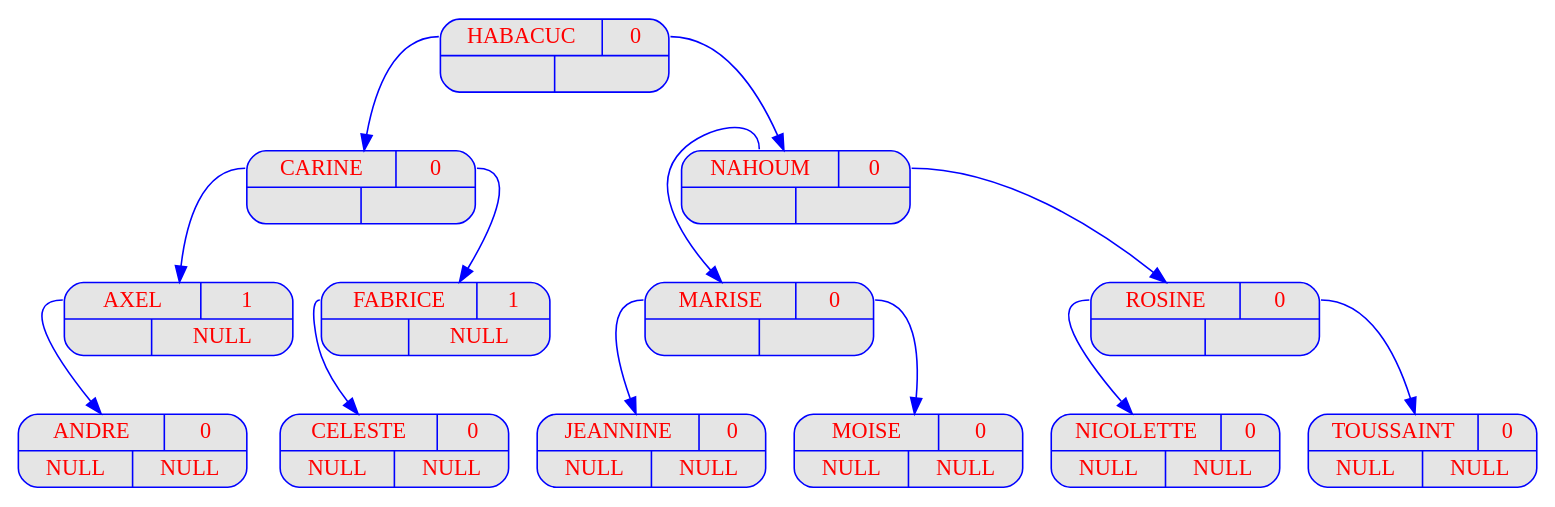
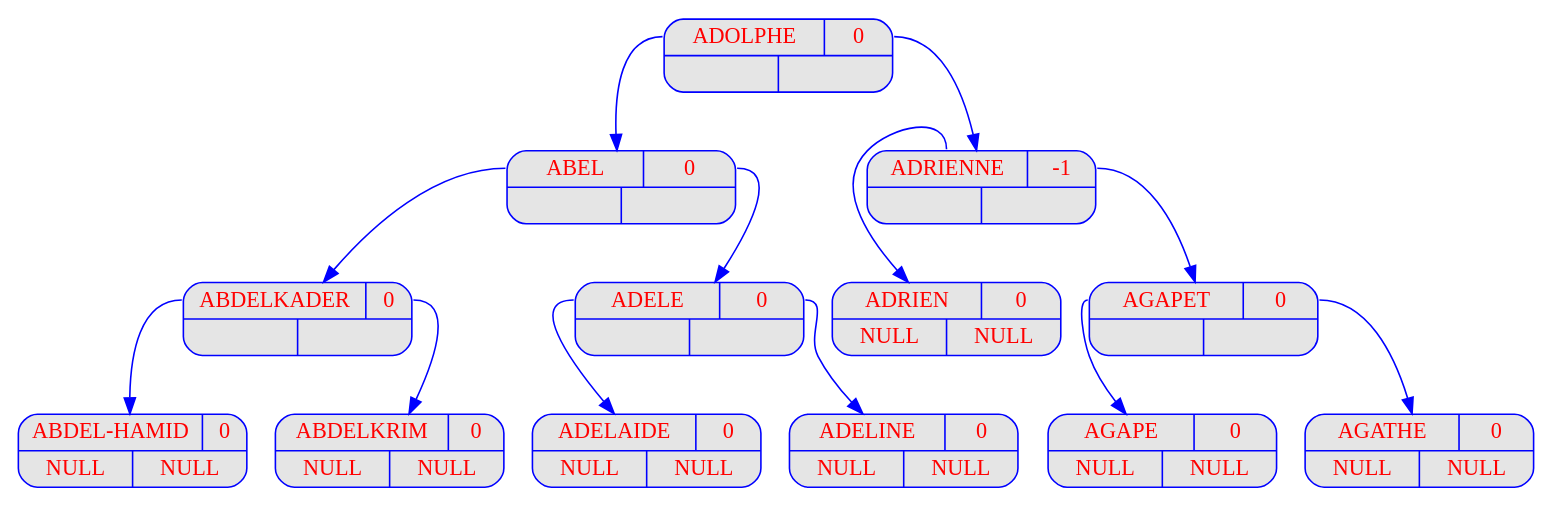
One commit to FilRougeAAP/Fil_Rouge changed the diagram in output_Prog1/dot/displayAVL_v12.dot. Above: the diagram before and after it, drawn with Graphviz. The commit also changed 212 other files, not shown here.

```diff
--- a/output_Prog1/dot/displayAVL_v12.dot
+++ b/output_Prog1/dot/displayAVL_v12.dot
@@ -1,116 +1,49 @@
 digraph displayAVL {
 	node [
 		fontname  = "Arial bold" 
 		fontsize  = "14"
 		fontcolor = "red"
 		style     = "rounded, filled"
 		shape     = "record"
 		fillcolor = "grey90"
 		color     = "blue"
 		width     = "2"
 	]
 
 	edge [
 		color     = "blue"
 	]
 
-	HABACUC
- [label = "{{<g> HABACUC
- | <d> 0 } | { <g> | <d>}}"];
-	HABACUC
-:g -> CARINE
-;
-	CARINE
- [label = "{{<g> CARINE
- | <d> 0 } | { <g> | <d>}}"];
-	CARINE
-:g -> AXEL
-;
-	AXEL
- [label = "{{<g> AXEL
- | <d> 1 } | { <g> | <d>}}"];
-	AXEL
- [label = "{{<g> AXEL
- | <d> 1 }| { <g> | <d> NULL}}"];
-	AXEL
-:g -> ANDRE
-;
-	ANDRE
- [label = "{{<g> ANDRE
- | <d> 0 } | { <g> | <d>}}"];
-	ANDRE
- [label = "{{<g> ANDRE
- | <d> 0 }| { <g> NULL | <d> NULL}}"];
-	CARINE
-:d -> FABRICE
-;
-	FABRICE
- [label = "{{<g> FABRICE
- | <d> 1 } | { <g> | <d>}}"];
-	FABRICE
- [label = "{{<g> FABRICE
- | <d> 1 }| { <g> | <d> NULL}}"];
-	FABRICE
-:g -> CELESTE
-;
-	CELESTE
- [label = "{{<g> CELESTE
- | <d> 0 } | { <g> | <d>}}"];
-	CELESTE
- [label = "{{<g> CELESTE
- | <d> 0 }| { <g> NULL | <d> NULL}}"];
-	HABACUC
-:d -> NAHOUM
-;
-	NAHOUM
- [label = "{{<g> NAHOUM
- | <d> 0 } | { <g> | <d>}}"];
-	NAHOUM
-:g -> MARISE
-;
-	MARISE
- [label = "{{<g> MARISE
- | <d> 0 } | { <g> | <d>}}"];
-	MARISE
-:g -> JEANNINE
-;
-	JEANNINE
- [label = "{{<g> JEANNINE
- | <d> 0 } | { <g> | <d>}}"];
-	JEANNINE
- [label = "{{<g> JEANNINE
- | <d> 0 }| { <g> NULL | <d> NULL}}"];
-	MARISE
-:d -> MOISE
-;
-	MOISE
- [label = "{{<g> MOISE
- | <d> 0 } | { <g> | <d>}}"];
-	MOISE
- [label = "{{<g> MOISE
- | <d> 0 }| { <g> NULL | <d> NULL}}"];
-	NAHOUM
-:d -> ROSINE
-;
-	ROSINE
- [label = "{{<g> ROSINE
- | <d> 0 } | { <g> | <d>}}"];
-	ROSINE
-:g -> NICOLETTE
-;
-	NICOLETTE
- [label = "{{<g> NICOLETTE
- | <d> 0 } | { <g> | <d>}}"];
-	NICOLETTE
- [label = "{{<g> NICOLETTE
- | <d> 0 }| { <g> NULL | <d> NULL}}"];
-	ROSINE
-:d -> TOUSSAINT
-;
-	TOUSSAINT
- [label = "{{<g> TOUSSAINT
- | <d> 0 } | { <g> | <d>}}"];
-	TOUSSAINT
- [label = "{{<g> TOUSSAINT
- | <d> 0 }| { <g> NULL | <d> NULL}}"];
+	"ADOLPHE" [label = "{{<g> ADOLPHE | <d> 0 } | { <g> | <d>}}"];
+	"ADOLPHE":g -> "ABEL";
+	"ABEL" [label = "{{<g> ABEL | <d> 0 } | { <g> | <d>}}"];
+	"ABEL":g -> "ABDELKADER";
+	"ABDELKADER" [label = "{{<g> ABDELKADER | <d> 0 } | { <g> | <d>}}"];
+	"ABDELKADER":g -> "ABDEL-HAMID";
+	"ABDEL-HAMID" [label = "{{<g> ABDEL-HAMID | <d> 0 } | { <g> | <d>}}"];
+	"ABDEL-HAMID" [label = "{{<g> ABDEL-HAMID | <d> 0 }| { <g> NULL | <d> NULL}}"];
+	"ABDELKADER":d -> "ABDELKRIM";
+	"ABDELKRIM" [label = "{{<g> ABDELKRIM | <d> 0 } | { <g> | <d>}}"];
+	"ABDELKRIM" [label = "{{<g> ABDELKRIM | <d> 0 }| { <g> NULL | <d> NULL}}"];
+	"ABEL":d -> "ADELE";
+	"ADELE" [label = "{{<g> ADELE | <d> 0 } | { <g> | <d>}}"];
+	"ADELE":g -> "ADELAIDE";
+	"ADELAIDE" [label = "{{<g> ADELAIDE | <d> 0 } | { <g> | <d>}}"];
+	"ADELAIDE" [label = "{{<g> ADELAIDE | <d> 0 }| { <g> NULL | <d> NULL}}"];
+	"ADELE":d -> "ADELINE";
+	"ADELINE" [label = "{{<g> ADELINE | <d> 0 } | { <g> | <d>}}"];
+	"ADELINE" [label = "{{<g> ADELINE | <d> 0 }| { <g> NULL | <d> NULL}}"];
+	"ADOLPHE":d -> "ADRIENNE";
+	"ADRIENNE" [label = "{{<g> ADRIENNE | <d> -1 } | { <g> | <d>}}"];
+	"ADRIENNE":g -> "ADRIEN";
+	"ADRIEN" [label = "{{<g> ADRIEN | <d> 0 } | { <g> | <d>}}"];
+	"ADRIEN" [label = "{{<g> ADRIEN | <d> 0 }| { <g> NULL | <d> NULL}}"];
+	"ADRIENNE":d -> "AGAPET";
+	"AGAPET" [label = "{{<g> AGAPET | <d> 0 } | { <g> | <d>}}"];
+	"AGAPET":g -> "AGAPE";
+	"AGAPE" [label = "{{<g> AGAPE | <d> 0 } | { <g> | <d>}}"];
+	"AGAPE" [label = "{{<g> AGAPE | <d> 0 }| { <g> NULL | <d> NULL}}"];
+	"AGAPET":d -> "AGATHE";
+	"AGATHE" [label = "{{<g> AGATHE | <d> 0 } | { <g> | <d>}}"];
+	"AGATHE" [label = "{{<g> AGATHE | <d> 0 }| { <g> NULL | <d> NULL}}"];
 }
```
